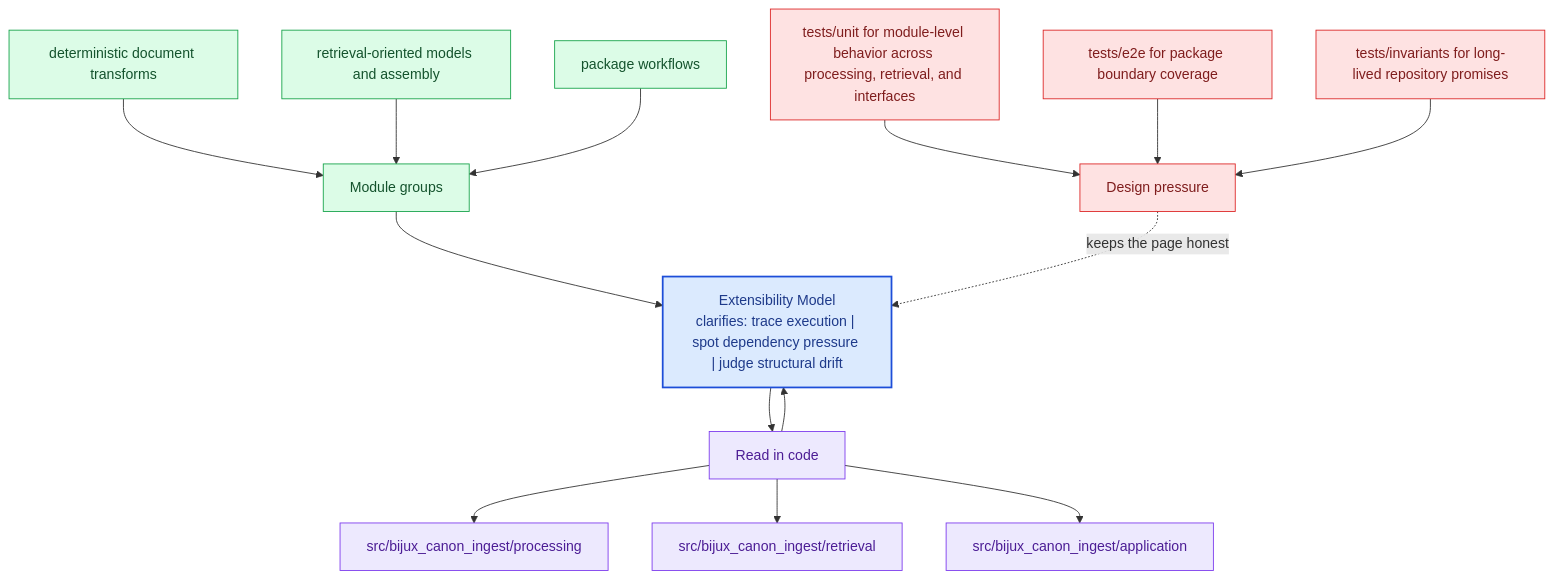
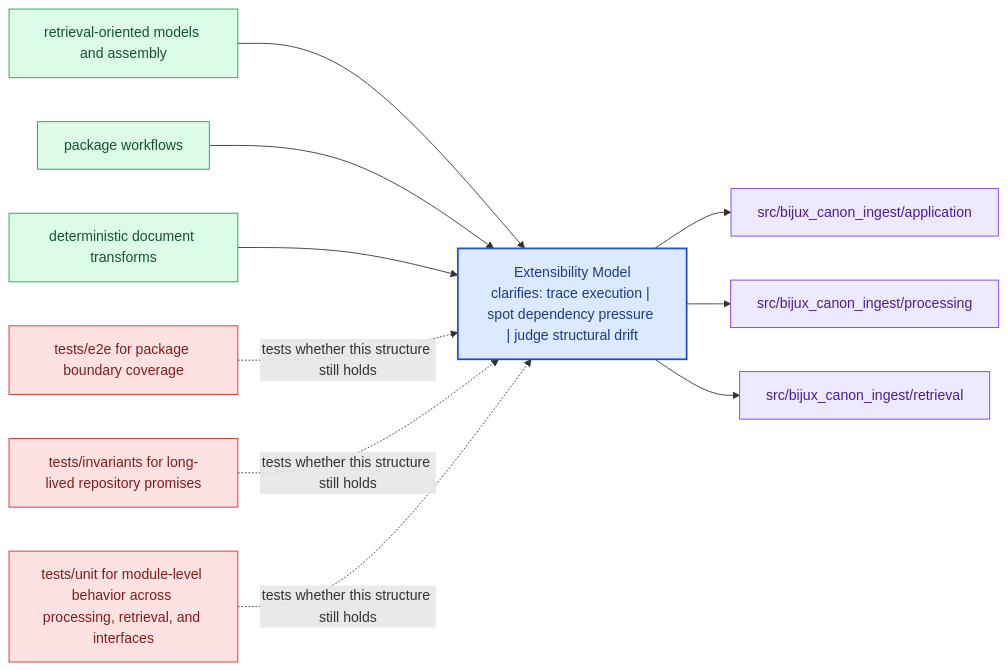
One commit to bijux/bijux-canon changed the diagram in docs/bijux-canon-ingest/architecture/extensibility-model.md. Above: the diagram before and after it, drawn with Mermaid. The commit also changed other lines of this file and 281 other files, not shown here.

Commit message:
docs(diagrams): replace repeated mermaid scaffolds with page-specific summaries

````diff
--- a/docs/bijux-canon-ingest/architecture/extensibility-model.md
+++ b/docs/bijux-canon-ingest/architecture/extensibility-model.md
@@ -67,40 +22,31 @@
 ```mermaid
-flowchart TB
-    promise["Extensibility Model<br/>clarifies: trace execution | spot dependency pressure | judge structural drift"]
-    classDef promise fill:#dbeafe,stroke:#1d4ed8,color:#1e3a8a,stroke-width:2px;
-    classDef driver fill:#dcfce7,stroke:#16a34a,color:#14532d;
-    classDef constraint fill:#fee2e2,stroke:#dc2626,color:#7f1d1d;
-    classDef ground fill:#ede9fe,stroke:#7c3aed,color:#4c1d95;
-    focus1["Module groups"]
-    focus1 --> promise
-    focus1_1["deterministic document transforms"]
-    focus1_1 --> focus1
-    focus1_2["retrieval-oriented models and assembly"]
-    focus1_2 --> focus1
-    focus1_3["package workflows"]
-    focus1_3 --> focus1
-    class focus1 driver;
-    class focus1_1,focus1_2,focus1_3 driver;
-    focus2["Read in code"]
-    focus2 --> promise
-    promise --> focus2
-    focus2_1["src/bijux_canon_ingest/processing"]
-    focus2 --> focus2_1
-    focus2_2["src/bijux_canon_ingest/retrieval"]
-    focus2 --> focus2_2
-    focus2_3["src/bijux_canon_ingest/application"]
-    focus2 --> focus2_3
-    class focus2 ground;
-    class focus2_1,focus2_2,focus2_3 ground;
-    focus3["Design pressure"]
-    focus3 -.keeps the page honest.-> promise
-    focus3_1["tests/unit for module-level behavior across processing, retrieval, and interfaces"]
-    focus3_1 --> focus3
-    focus3_2["tests/e2e for package boundary coverage"]
-    focus3_2 --> focus3
-    focus3_3["tests/invariants for long-lived repository promises"]
-    focus3_3 --> focus3
-    class focus3 constraint;
-    class focus3_1,focus3_2,focus3_3 constraint;
-    class promise promise;
+flowchart LR
+    page["Extensibility Model<br/>clarifies: trace execution | spot dependency pressure | judge structural drift"]
+    classDef page fill:#dbeafe,stroke:#1d4ed8,color:#1e3a8a,stroke-width:2px;
+    classDef positive fill:#dcfce7,stroke:#16a34a,color:#14532d;
+    classDef caution fill:#fee2e2,stroke:#dc2626,color:#7f1d1d;
+    classDef anchor fill:#ede9fe,stroke:#7c3aed,color:#4c1d95;
+    classDef action fill:#fef3c7,stroke:#d97706,color:#7c2d12;
+    module1["retrieval-oriented models and assembly"]
+    module1 --> page
+    module2["package workflows"]
+    module2 --> page
+    module3["deterministic document transforms"]
+    module3 --> page
+    code1["src/bijux_canon_ingest/application"]
+    page --> code1
+    code2["src/bijux_canon_ingest/processing"]
+    page --> code2
+    code3["src/bijux_canon_ingest/retrieval"]
+    page --> code3
+    pressure1["tests/e2e for package boundary coverage"]
+    pressure1 -.tests whether this structure still holds.-> page
+    pressure2["tests/invariants for long-lived repository promises"]
+    pressure2 -.tests whether this structure still holds.-> page
+    pressure3["tests/unit for module-level behavior across processing, retrieval, and interfaces"]
+    pressure3 -.tests whether this structure still holds.-> page
+    class page page;
+    class module1,module2,module3 positive;
+    class code1,code2,code3 anchor;
+    class pressure1,pressure2,pressure3 caution;
 ```
````
